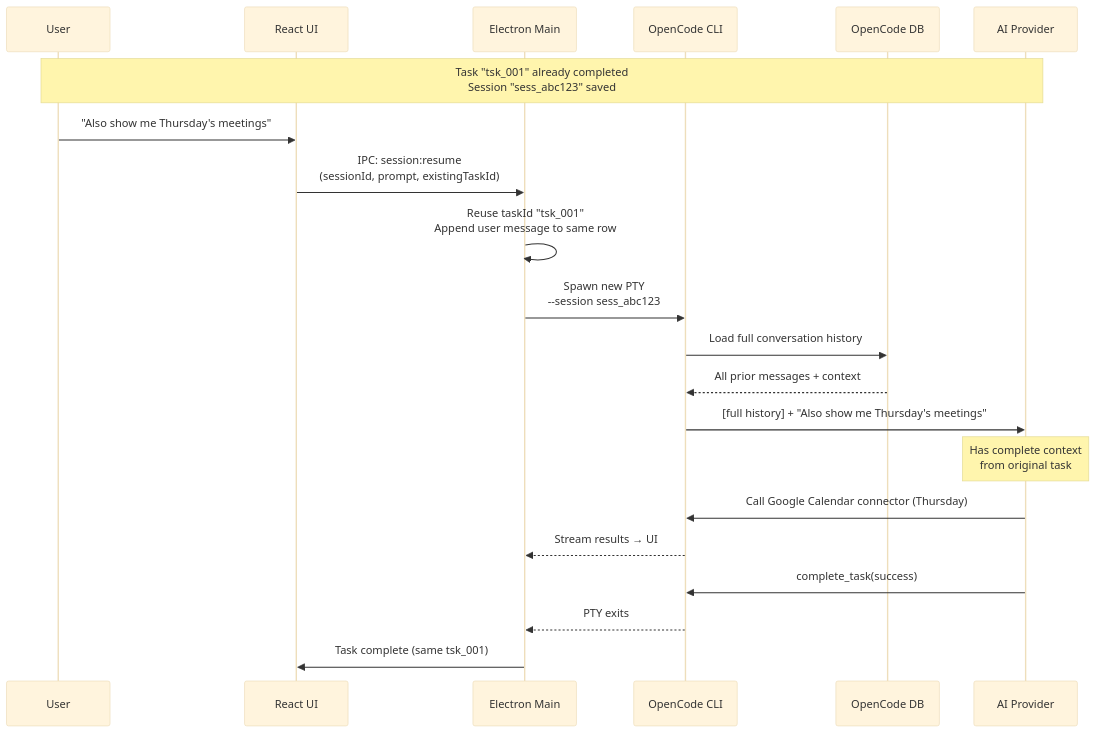
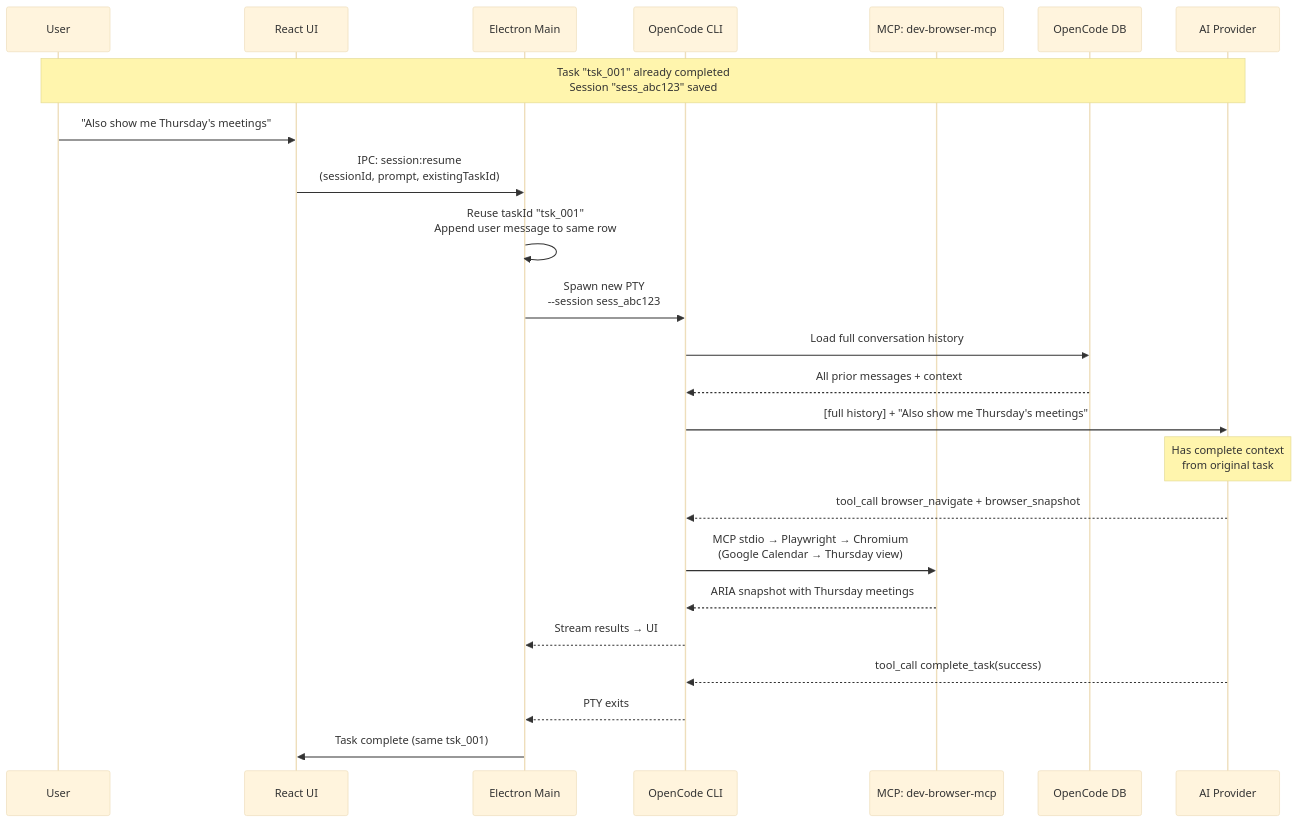
One commit to dome/accomplish changed the sixth of 7 diagrams in docs/task-flow-slides.md. Above: the diagram before and after it, drawn with Mermaid (base theme). The commit also changed other lines of this file and 280 other files, not shown here.

````diff
--- a/docs/task-flow-slides.md
+++ b/docs/task-flow-slides.md
@@ -177,32 +189,35 @@
 ```mermaid
 sequenceDiagram
   participant User
   participant UI as React UI
   participant Main as Electron Main
   participant OC as OpenCode CLI
+  participant MCP as MCP: dev-browser-mcp
   participant OC_DB as OpenCode DB
   participant AI as AI Provider
 
   Note over User,AI: Task "tsk_001" already completed<br/>Session "sess_abc123" saved
 
   User->>UI: "Also show me Thursday's meetings"
   UI->>Main: IPC: session:resume<br/>(sessionId, prompt, existingTaskId)
 
   Main->>Main: Reuse taskId "tsk_001"<br/>Append user message to same row
 
   Main->>OC: Spawn new PTY<br/>--session sess_abc123
 
   OC->>OC_DB: Load full conversation history
   OC_DB-->>OC: All prior messages + context
 
   OC->>AI: [full history] + "Also show me Thursday's meetings"
 
   Note over AI: Has complete context<br/>from original task
 
-  AI->>OC: Call Google Calendar connector (Thursday)
+  AI-->>OC: tool_call browser_navigate + browser_snapshot
+  OC->>MCP: MCP stdio → Playwright → Chromium<br/>(Google Calendar → Thursday view)
+  MCP-->>OC: ARIA snapshot with Thursday meetings
   OC-->>Main: Stream results → UI
 
-  AI->>OC: complete_task(success)
+  AI-->>OC: tool_call complete_task(success)
   OC-->>Main: PTY exits
   Main->>UI: Task complete (same tsk_001)
 ```
````
